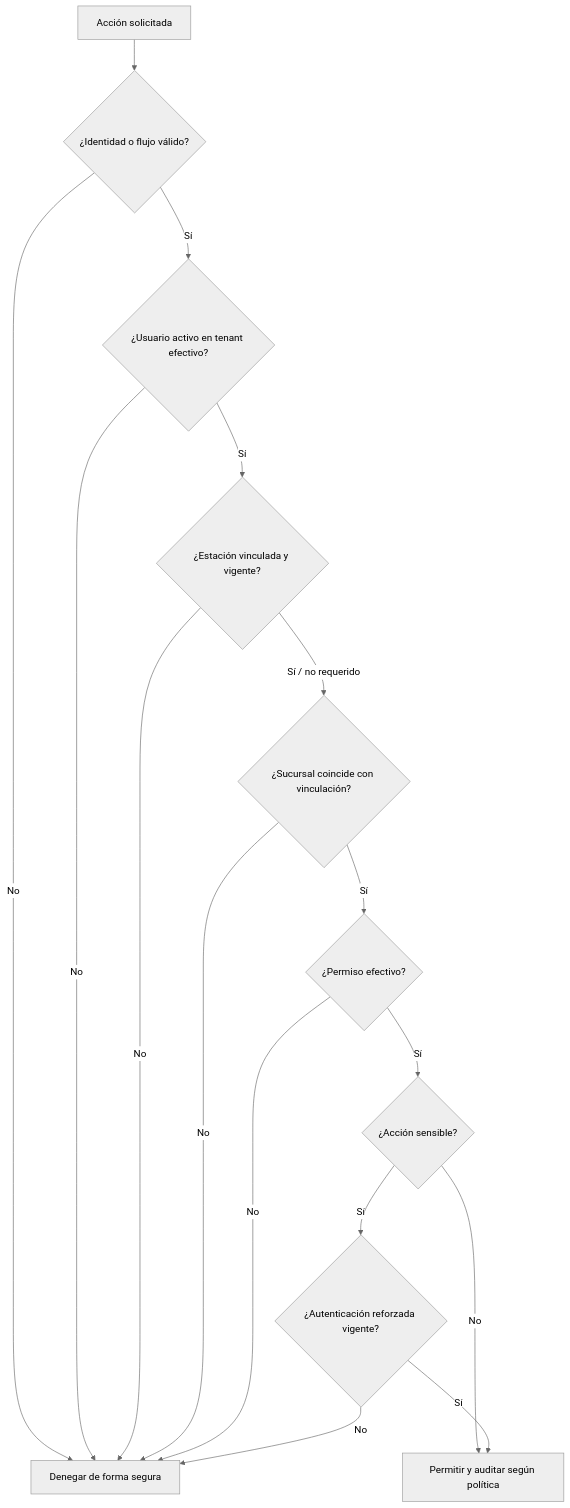
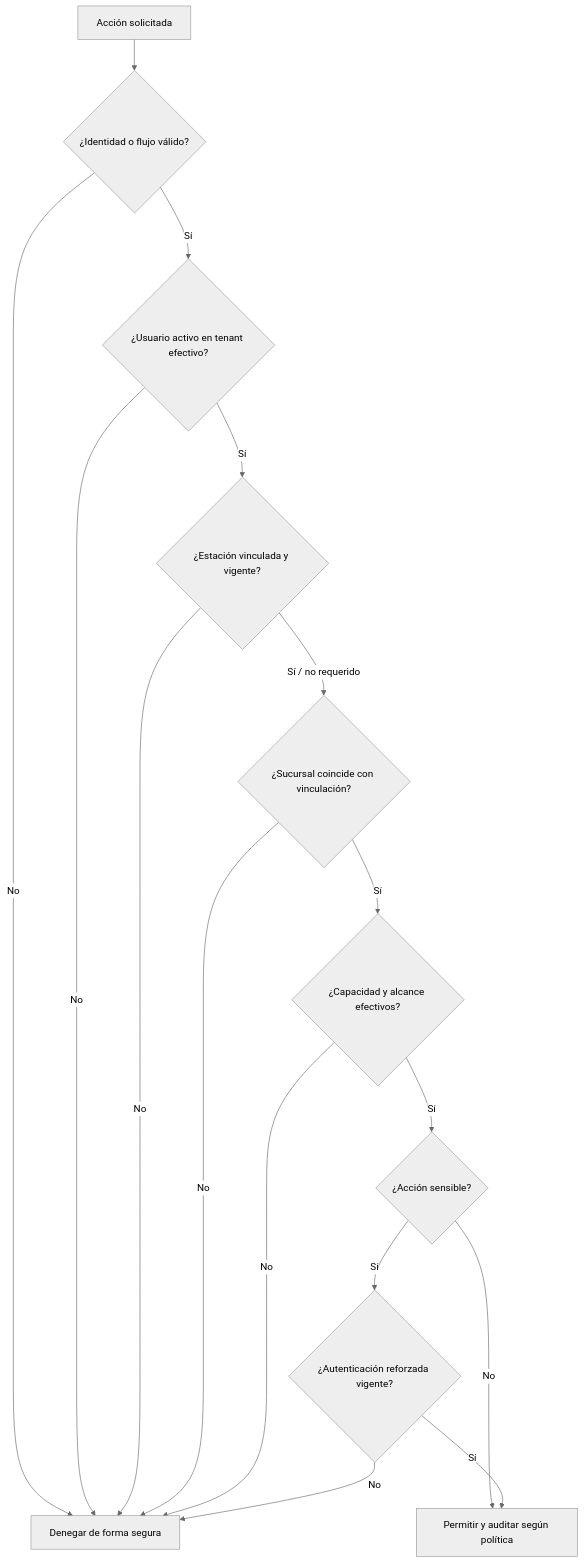
One commit to luisgtzaviles/SrTaller-2.0 changed the second of 2 diagrams in docs/architecture/IDENTITY_ACCESS_AND_PERMISSIONS.md. Above: the diagram before and after it, drawn with Mermaid (neutral theme). The commit also changed other lines of this file and 59 other files, not shown here.

````diff
--- a/docs/architecture/IDENTITY_ACCESS_AND_PERMISSIONS.md
+++ b/docs/architecture/IDENTITY_ACCESS_AND_PERMISSIONS.md
@@ -84,29 +91,29 @@
 ```mermaid
 flowchart TD
     Request[Acción solicitada]
     Auth{¿Identidad o flujo válido?}
     Tenant{¿Usuario activo en tenant efectivo?}
     Device{¿Estación vinculada y vigente?}
     Branch{¿Sucursal coincide con vinculación?}
-    Permission{¿Permiso efectivo?}
+    Permission{¿Capacidad y alcance efectivos?}
     StepUp{¿Acción sensible?}
     Strong{¿Autenticación reforzada vigente?}
     Allow[Permitir y auditar según política]
     Deny[Denegar de forma segura]
 
     Request --> Auth
     Auth -- No --> Deny
     Auth -- Sí --> Tenant
     Tenant -- No --> Deny
     Tenant -- Sí --> Device
     Device -- No --> Deny
     Device -- Sí / no requerido --> Branch
     Branch -- No --> Deny
     Branch -- Sí --> Permission
     Permission -- No --> Deny
     Permission -- Sí --> StepUp
     StepUp -- No --> Allow
     StepUp -- Sí --> Strong
     Strong -- No --> Deny
     Strong -- Sí --> Allow
 ```
````
